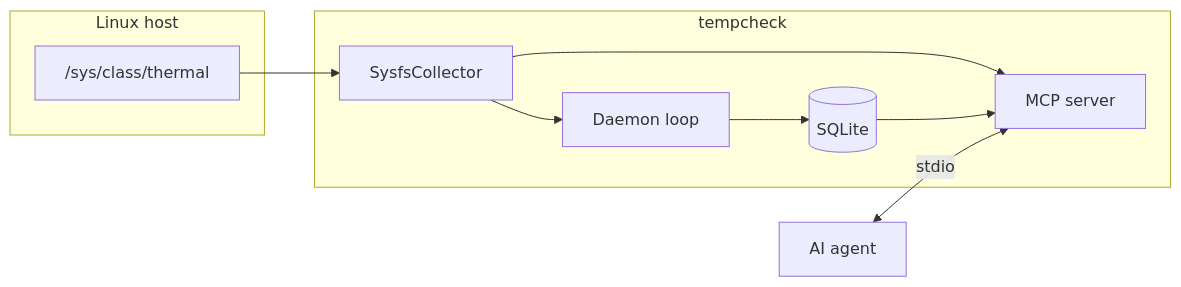
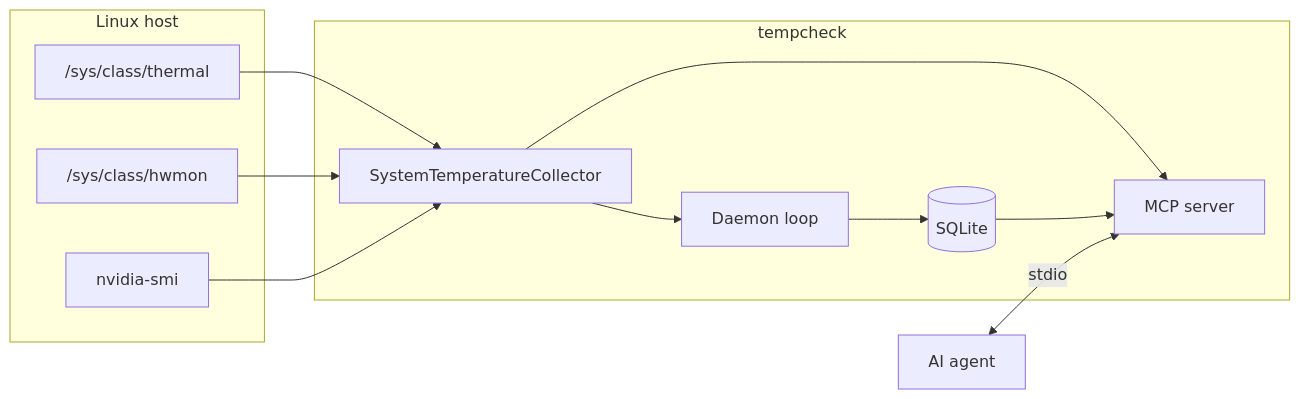
Before and after one commit to brianlechthaler/tempcheck: the diagram in docs/architecture.md, drawn with Mermaid. The commit also changed other lines of this file and 7 other files, not shown here.

First line of the commit message:
Add hwmon and NVIDIA GPU temperature sources.

````diff
--- a/docs/architecture.md
+++ b/docs/architecture.md
@@ -5,19 +5,23 @@
 ```mermaid
 flowchart LR
   subgraph host [Linux host]
-    sysfs["/sys/class/thermal"]
+    thermal["/sys/class/thermal"]
+    hwmon["/sys/class/hwmon"]
+    nvidia["nvidia-smi"]
   end
   subgraph tempcheck [tempcheck]
-    collector[SysfsCollector]
+    collector[SystemTemperatureCollector]
     daemon[Daemon loop]
     sqlite[(SQLite)]
     mcp[MCP server]
   end
   agent[AI agent]
-  sysfs --> collector
+  thermal --> collector
+  hwmon --> collector
+  nvidia --> collector
   collector --> daemon
   daemon --> sqlite
   collector --> mcp
   sqlite --> mcp
   agent <-->|stdio| mcp
 ```
````
